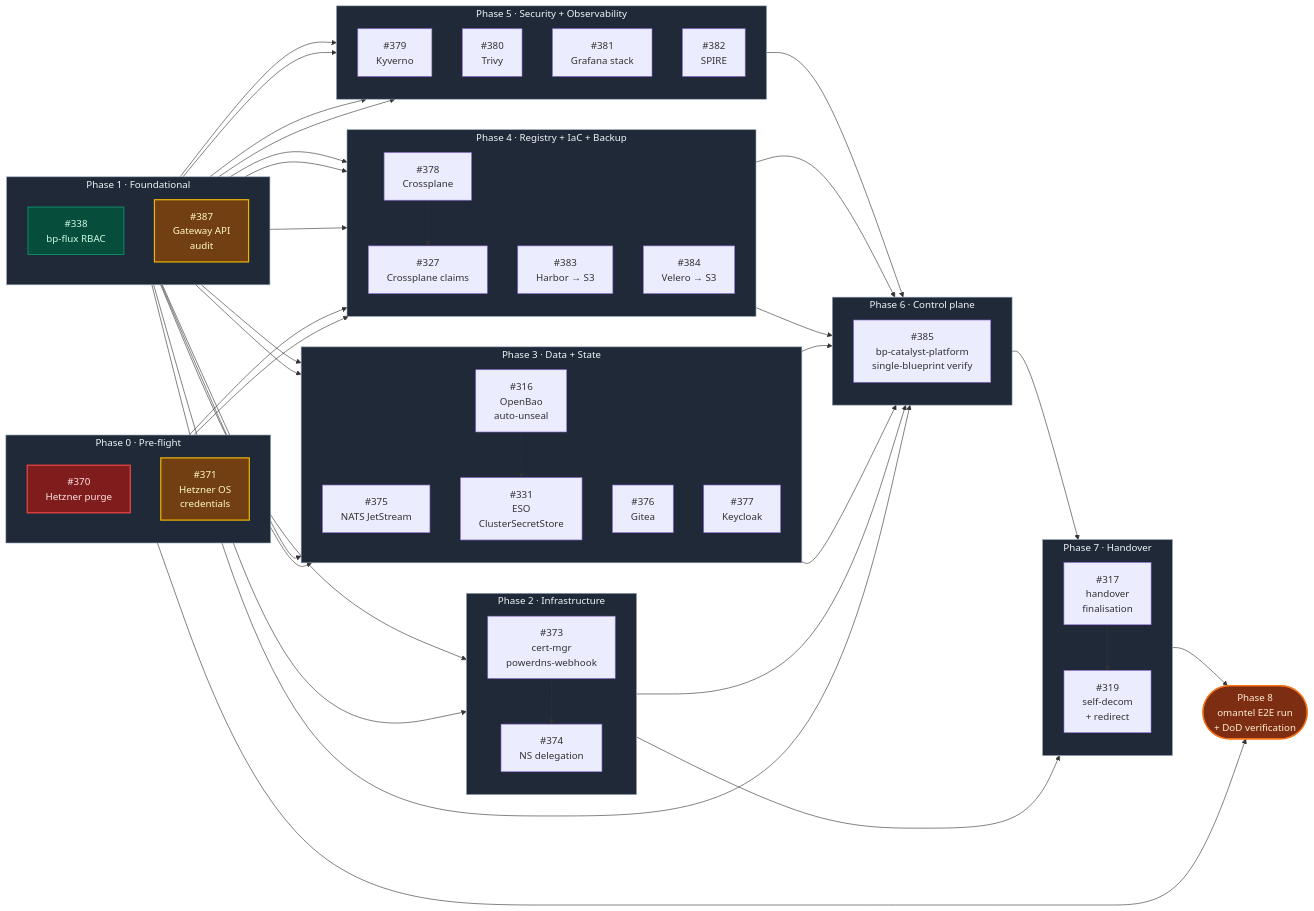
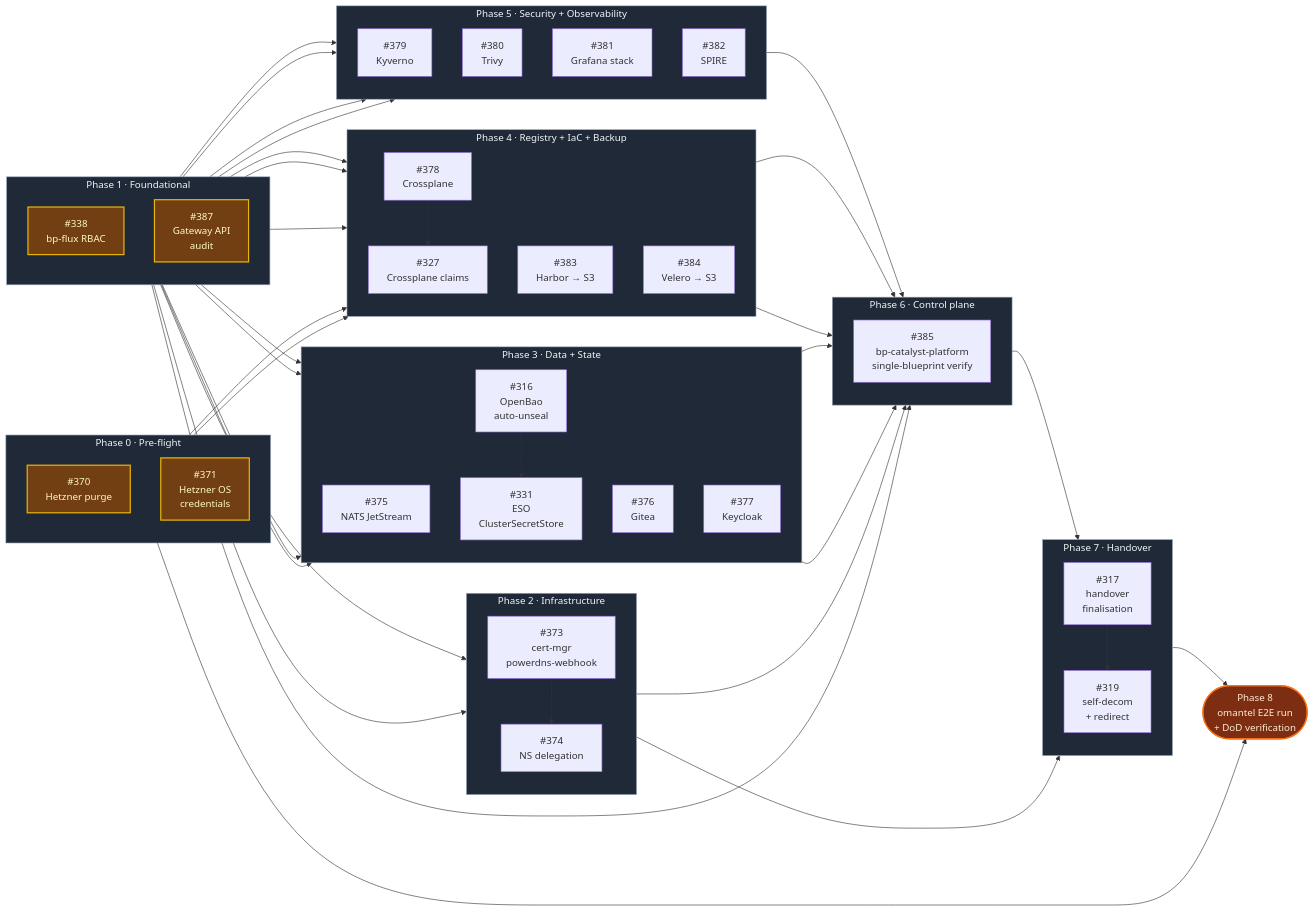
The diagram in docs/omantel-handover-wbs.md (openova-io/openova), drawn with Mermaid before and after one commit. The commit also changed other lines of this file and 8 other files, not shown here.

````diff
--- a/docs/omantel-handover-wbs.md
+++ b/docs/omantel-handover-wbs.md
@@ -167,7 +167,5 @@
     T370 --> P8
 
     class PH0,PH1,PH2,PH3,PH4,PH5,PH6,PH7 phase
-    class T338 done
-    class T371,T387,T392 wip
-    class T370 blocked
+    class T338,T370,T371,T387 wip
 ```
````
